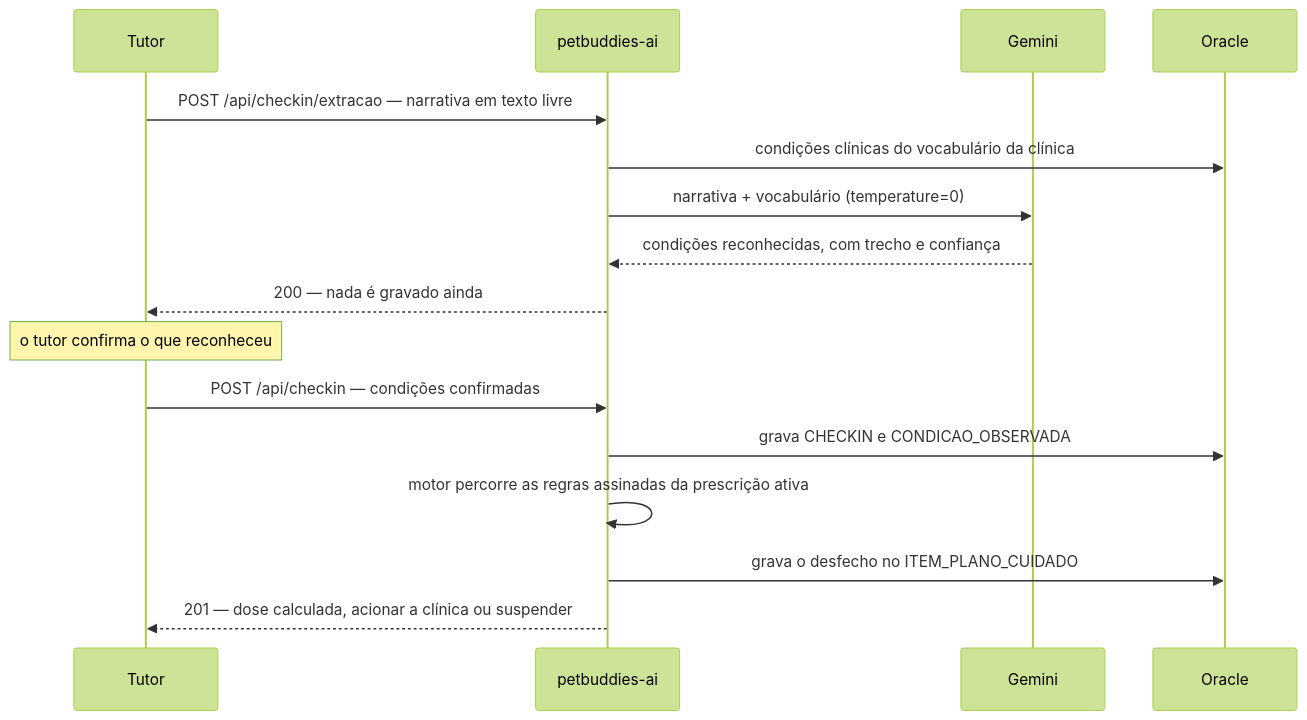
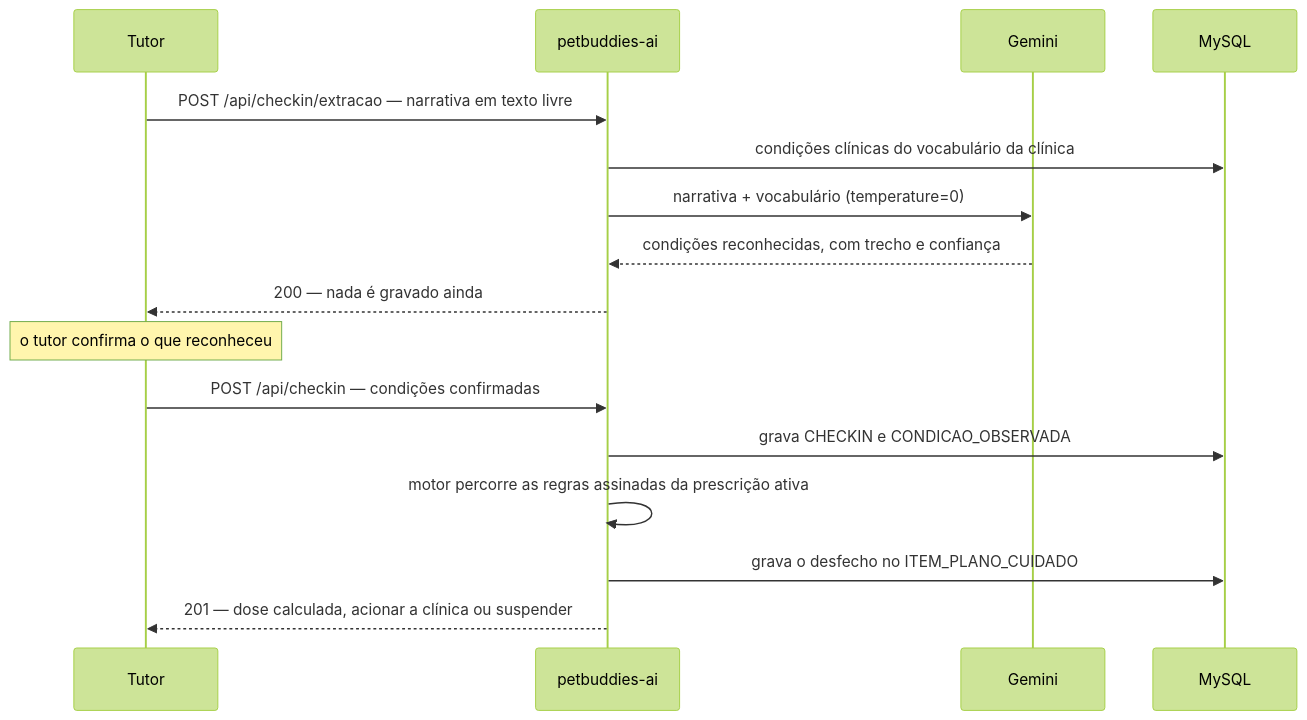
Before and after one commit to 3BugBuddies/petbuddies-devops-sprint3: the fifth of 5 diagrams in petbuddies-ai/README.md, drawn with Mermaid (forest theme). The commit also changed other lines of this file and 24 other files, not shown here.

First line of the commit message:
feat: migra o banco de Oracle para MySQL com persistência via Storage Account

````diff
--- a/petbuddies-ai/README.md
+++ b/petbuddies-ai/README.md
@@ -333,21 +324,21 @@
 ```mermaid
 sequenceDiagram
     participant T as Tutor
     participant J as petbuddies-ai
     participant G as Gemini
-    participant DB as Oracle
+    participant DB as MySQL
 
     T->>J: POST /api/checkin/extracao — narrativa em texto livre
     J->>DB: condições clínicas do vocabulário da clínica
     J->>G: narrativa + vocabulário (temperature=0)
     G-->>J: condições reconhecidas, com trecho e confiança
     J-->>T: 200 — nada é gravado ainda
 
     Note over T: o tutor confirma o que reconheceu
 
     T->>J: POST /api/checkin — condições confirmadas
     J->>DB: grava CHECKIN e CONDICAO_OBSERVADA
     J->>J: motor percorre as regras assinadas da prescrição ativa
     J->>DB: grava o desfecho no ITEM_PLANO_CUIDADO
     J-->>T: 201 — dose calculada, acionar a clínica ou suspender
 ```
````
